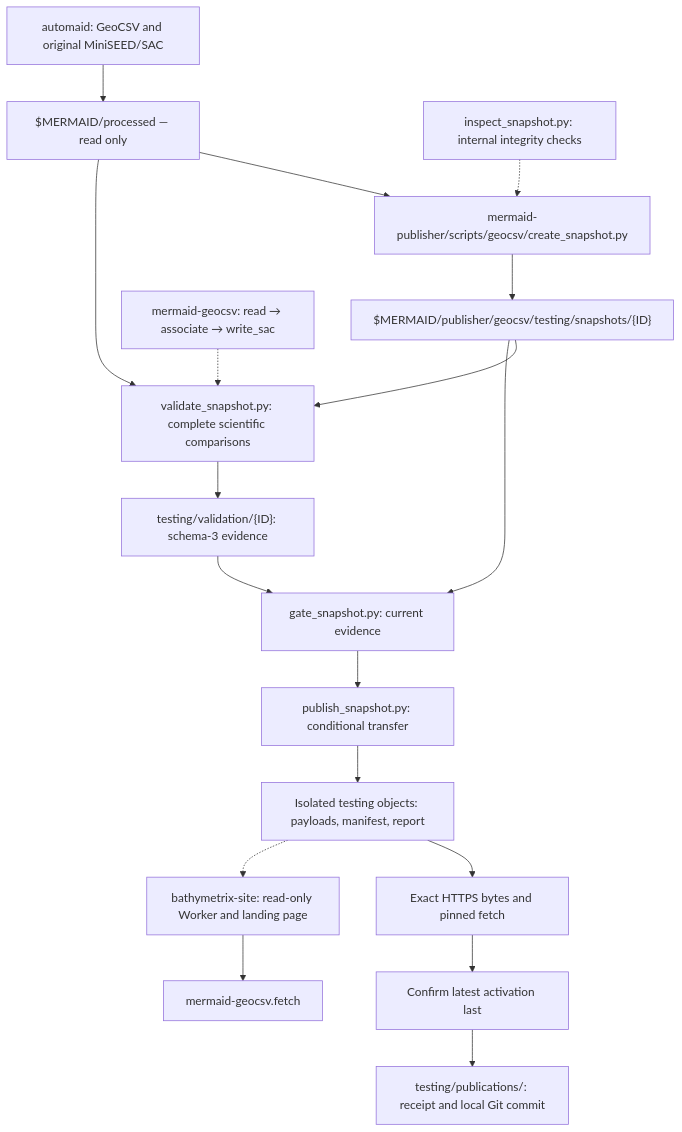
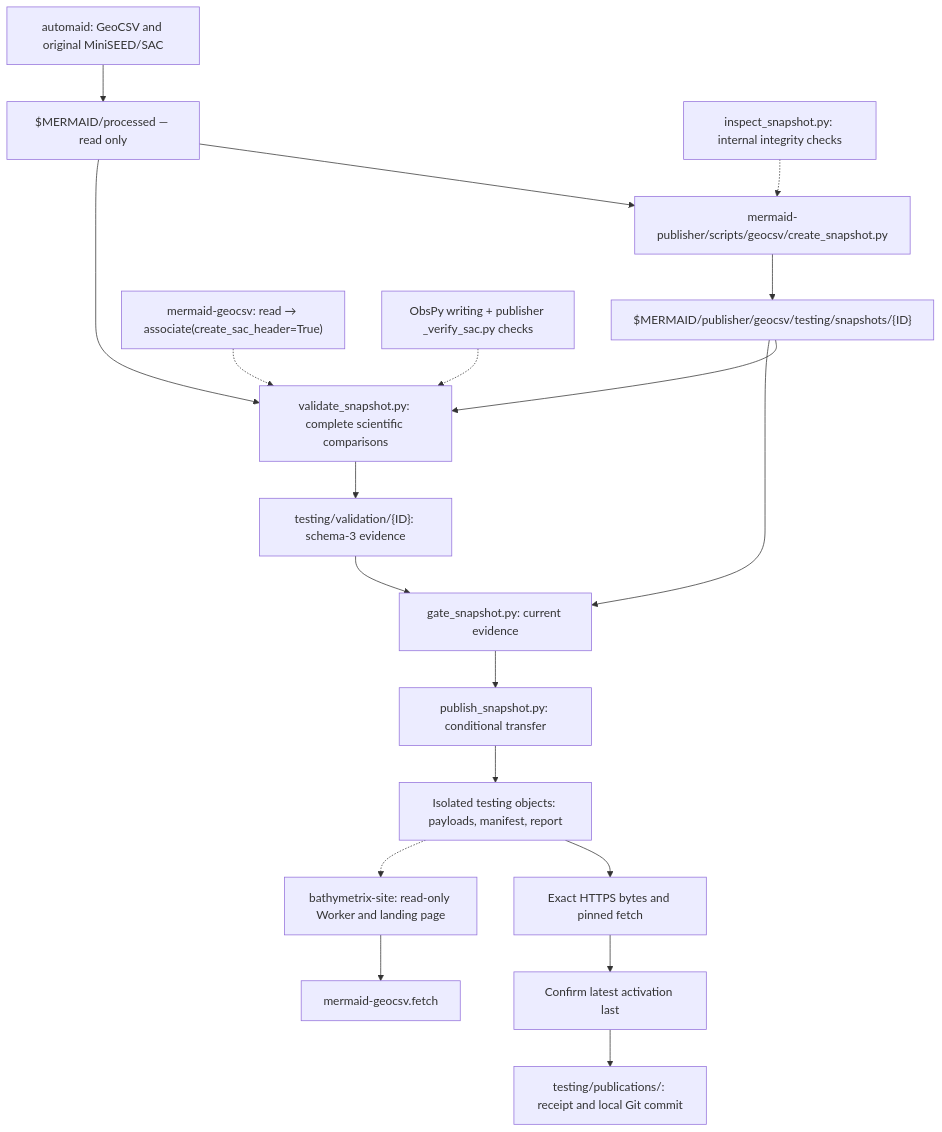
The diagram in docs/HOSTING.md (Bathymetrix/mermaid-geocsv), drawn with Mermaid before and after one commit. The commit also changed other lines of this file and 27 other files, not shown here.

Commit message:
geocsv: replace SAC writer with optional header creation

````diff
--- a/docs/HOSTING.md
+++ b/docs/HOSTING.md
@@ -103,20 +117,21 @@
 ```mermaid
 flowchart TB
     upstream["automaid: GeoCSV and original MiniSEED/SAC"] --> source["$MERMAID/processed — read only"]
     source --> create["mermaid-publisher/scripts/geocsv/create_snapshot.py"]
     inspect["inspect_snapshot.py: internal integrity checks"] -.-> create
     create --> candidate["$MERMAID/publisher/geocsv/testing/snapshots/{ID}"]
     candidate --> validate["validate_snapshot.py: complete scientific comparisons"]
     source --> validate
-    api["mermaid-geocsv: read → associate → write_sac"] -.-> validate
+    api["mermaid-geocsv: read → associate(create_sac_header=True)"] -.-> validate
+    sac["ObsPy writing + publisher _verify_sac.py checks"] -.-> validate
     validate --> report["testing/validation/{ID}: schema-3 evidence"]
     report --> gate["gate_snapshot.py: current evidence"]
     candidate --> gate
     gate --> publish["publish_snapshot.py: conditional transfer"]
     publish --> remote["Isolated testing objects: payloads, manifest, report"]
     remote --> checks["Exact HTTPS bytes and pinned fetch"]
     checks --> latest["Confirm latest activation last"]
     latest --> record["testing/publications/: receipt and local Git commit"]
     remote -.-> website["bathymetrix-site: read-only Worker and landing page"]
     website --> fetch["mermaid-geocsv.fetch"]
 ```
````
